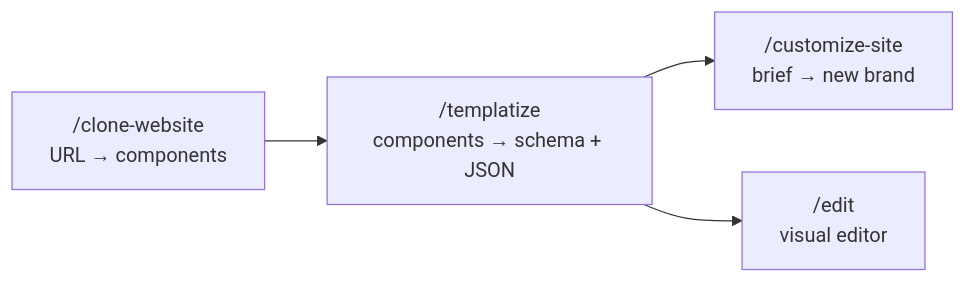
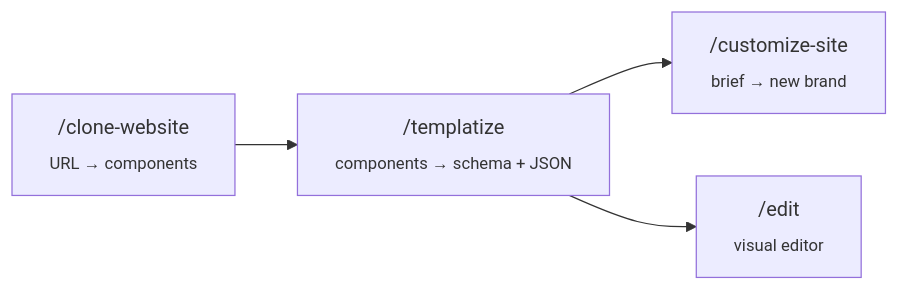
The diagram in README.md (vishalmeena2211/cloneable), drawn with Mermaid before and after one commit. The commit also changed other lines of this file and 4 other files, not shown here.

````diff
--- a/README.md
+++ b/README.md
@@ -36,6 +125,6 @@
 ```mermaid
 flowchart LR
-    A["/clone-website<br/>URL → components"] --> B["/templatize<br/>components → schema + JSON"]
-    B --> C["/customize-site<br/>brief → new brand"]
-    B --> D["/edit<br/>visual editor"]
+    A["/clone-website<br/><sub>URL → components</sub>"] --> B["/templatize<br/><sub>components → schema + JSON</sub>"]
+    B --> C["/customize-site<br/><sub>brief → new brand</sub>"]
+    B --> D["/edit<br/><sub>visual editor</sub>"]
 ```
````
